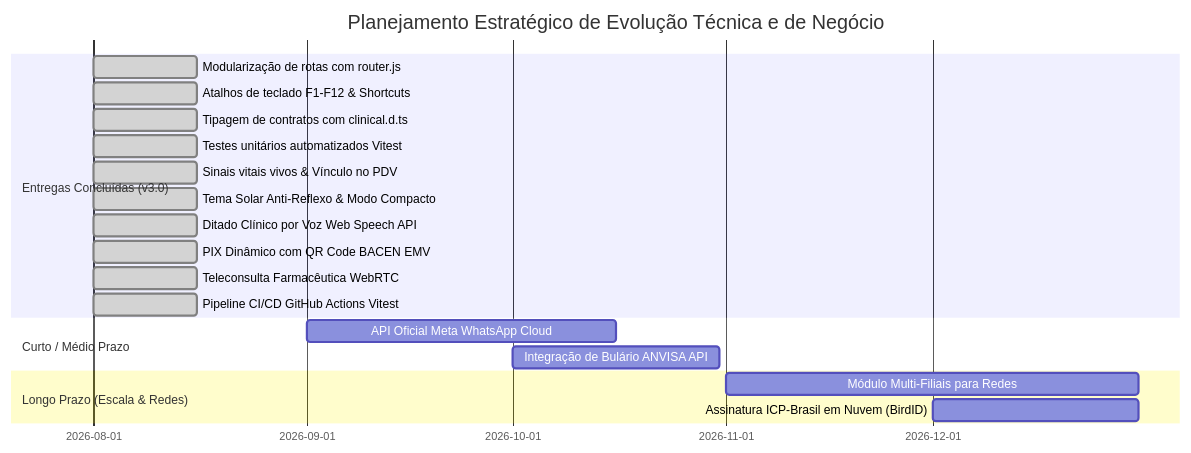
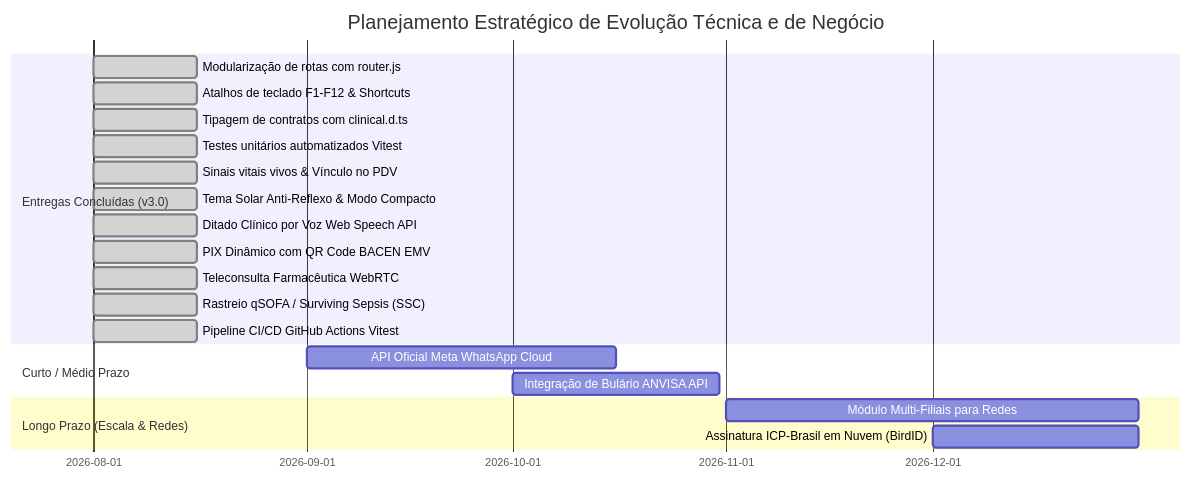
Before and after one commit to Mazzarowysk/crm-clinico-farmaceutic: the fourth of 4 diagrams in DOCUMENTO_TECNICO_PROPOSTA_NEGOCIO.md, drawn with Mermaid. The commit also changed other lines of this file and 7 other files, not shown here.

Commit message:
feat(clinical): implementa rastreio precoce de sepse qSOFA (Surviving Sepsis Campaign) com testes e atualizacao documental

````diff
--- a/DOCUMENTO_TECNICO_PROPOSTA_NEGOCIO.md
+++ b/DOCUMENTO_TECNICO_PROPOSTA_NEGOCIO.md
@@ -403,22 +403,23 @@
 ```mermaid
 gantt
     title Planejamento Estratégico de Evolução Técnica e de Negócio
     dateFormat  YYYY-MM
     section Entregas Concluídas (v3.0)
     Modularização de rotas com router.js  :done, 2026-08, 15d
     Atalhos de teclado F1-F12 & Shortcuts :done, 2026-08, 15d
     Tipagem de contratos com clinical.d.ts :done, 2026-08, 15d
     Testes unitários automatizados Vitest :done, 2026-08, 15d
     Sinais vitais vivos & Vínculo no PDV  :done, 2026-08, 15d
     Tema Solar Anti-Reflexo & Modo Compacto:done, 2026-08, 15d
     Ditado Clínico por Voz Web Speech API :done, 2026-08, 15d
     PIX Dinâmico com QR Code BACEN EMV    :done, 2026-08, 15d
     Teleconsulta Farmacêutica WebRTC      :done, 2026-08, 15d
+    Rastreio qSOFA / Surviving Sepsis (SSC):done, 2026-08, 15d
     Pipeline CI/CD GitHub Actions Vitest  :done, 2026-08, 15d
     section Curto / Médio Prazo
     API Oficial Meta WhatsApp Cloud       :2026-09, 45d
     Integração de Bulário ANVISA API      :2026-10, 30d
     section Longo Prazo (Escala & Redes)
     Módulo Multi-Filiais para Redes       :2026-11, 60d
     Assinatura ICP-Brasil em Nuvem (BirdID):2026-12, 30d
 ```
````
